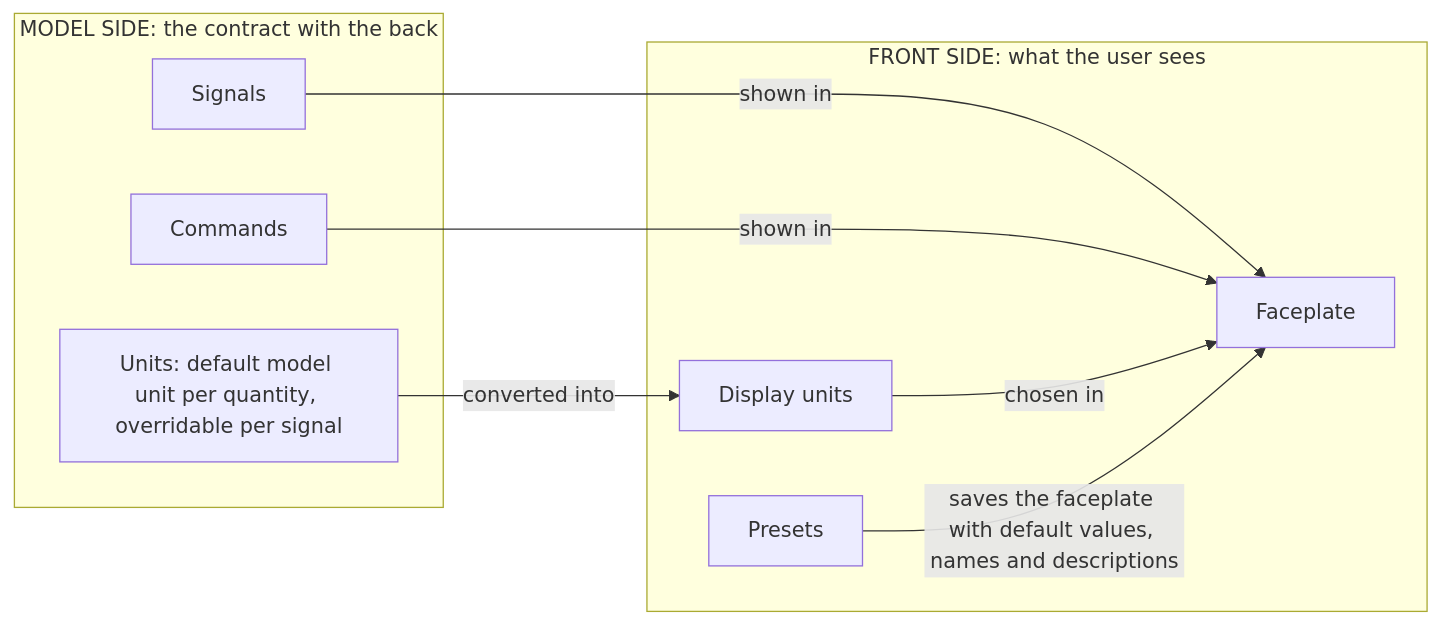
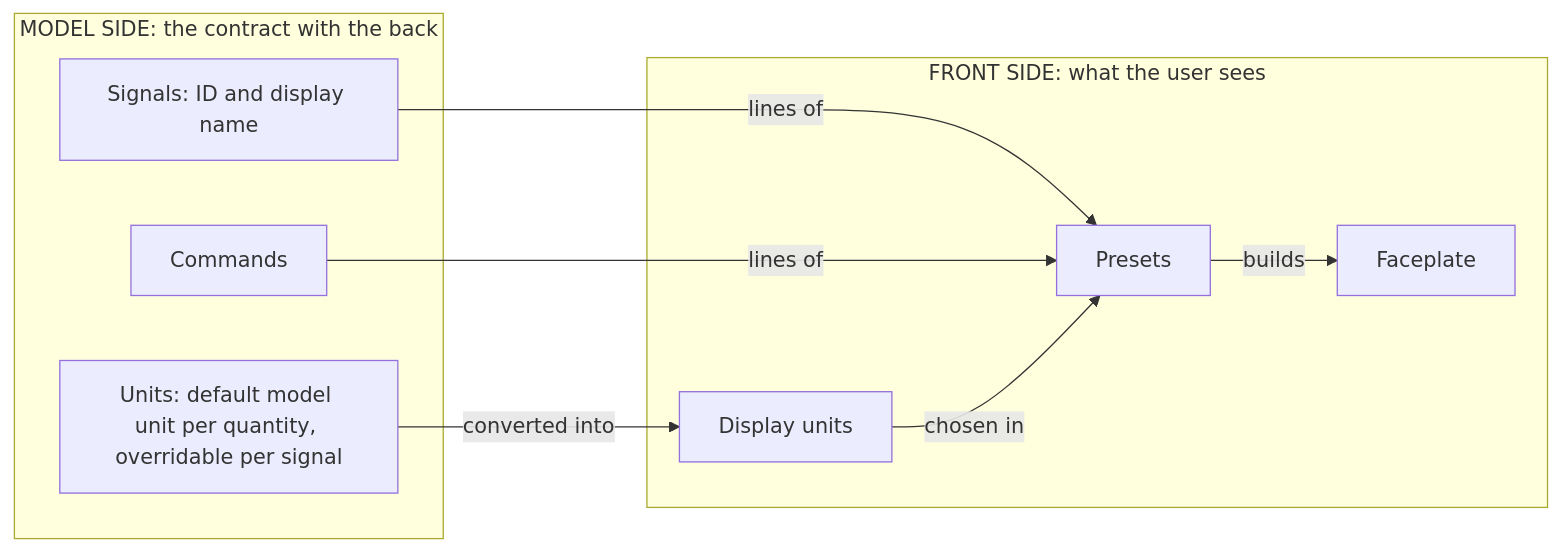
Before and after one commit to AlexandreGallais/synoptic-studio-spec: the second of 3 diagrams in metadata/README.md, drawn with Mermaid. The commit also changed other lines of this file and 15 other files, not shown here.

First line of the commit message:
docs(spec): merge faceplate into presets and add signal display name

````diff
--- a/metadata/README.md
+++ b/metadata/README.md
@@ -30,18 +29,18 @@
 ```mermaid
 flowchart LR
     subgraph Model["MODEL SIDE: the contract with the back"]
-        P["Signals"]
+        P["Signals: ID and display name"]
         C["Commands"]
         N["Units: default model unit per quantity, overridable per signal"]
     end
     subgraph Front["FRONT SIDE: what the user sees"]
+        R["Presets"]
         U["Faceplate"]
-        R["Presets"]
         D["Display units"]
     end
-    P -->|"shown in"| U
-    C -->|"shown in"| U
+    P -->|"lines of"| R
+    C -->|"lines of"| R
     N -->|"converted into"| D
-    D -->|"chosen in"| U
-    R -->|"saves the faceplate with default values, names and descriptions"| U
+    D -->|"chosen in"| R
+    R -->|"builds"| U
 ```
````
